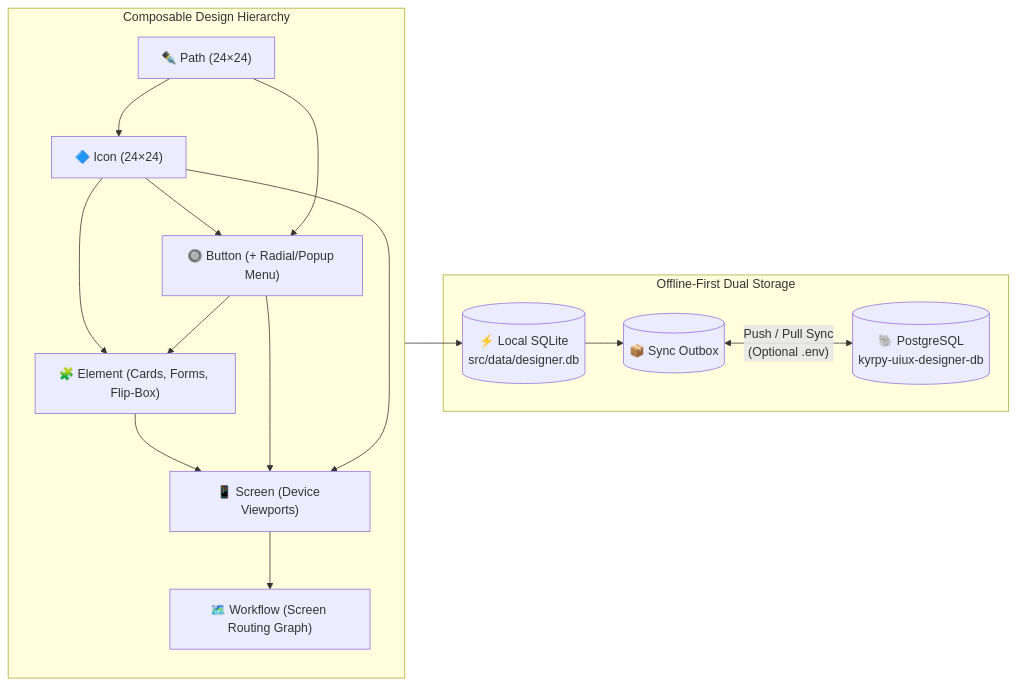
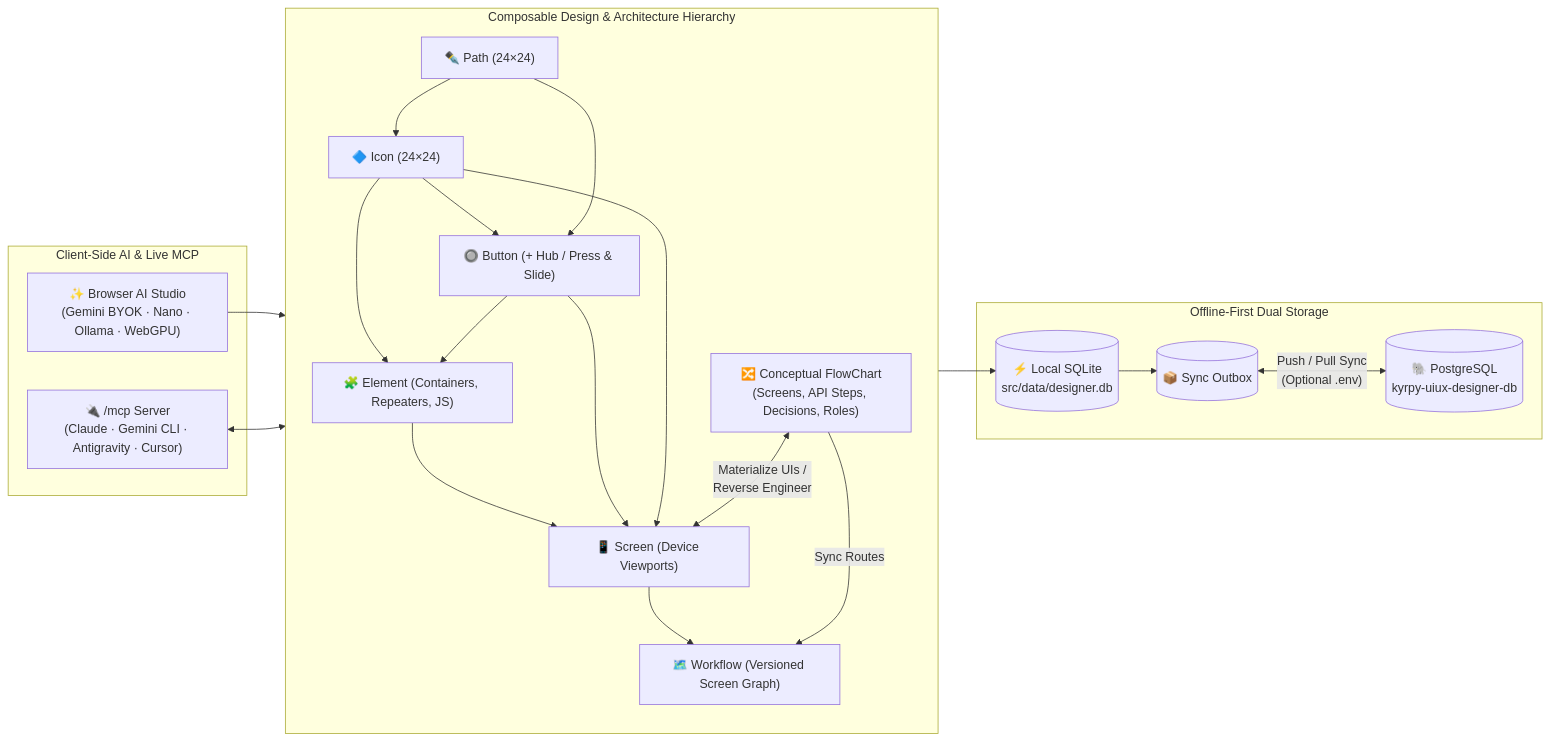
Before and after one commit to KyrpyDev/kyrpy-uiux-designer: the diagram in README.md, drawn with Mermaid. The commit also changed other lines of this file and 57 other files, not shown here.

Commit message:
feat(flowchart,ai-studio,docs): conceptual FlowChart designer, browser AI Studio (BYOK/Nano/Ollama/WebGPU/MCP), updated docs & public DB publish

````diff
--- a/README.md
+++ b/README.md
@@ -38,24 +40,34 @@
 ```mermaid
 flowchart LR
-  subgraph Hierarchy["Composable Design Hierarchy"]
+  subgraph Hierarchy["Composable Design & Architecture Hierarchy"]
+    FC["🔀 Conceptual FlowChart\n(Screens, API Steps, Decisions, Roles)"]
     P["✒️ Path (24×24)"] --> I["🔷 Icon (24×24)"]
-    I --> B["🔘 Button (+ Radial/Popup Menu)"]
+    I --> B["🔘 Button (+ Hub / Press & Slide)"]
     P --> B
-    I --> E["🧩 Element (Cards, Forms, Flip-Box)"]
+    I --> E["🧩 Element (Containers, Repeaters, JS)"]
     B --> E
     E --> S["📱 Screen (Device Viewports)"]
     B --> S
     I --> S
-    S --> W["🗺️ Workflow (Screen Routing Graph)"]
+    S --> W["🗺️ Workflow (Versioned Screen Graph)"]
+    FC <-->|"Materialize UIs /\nReverse Engineer"| S
+    FC -->|"Sync Routes"| W
+  end
+
+  subgraph AI["Client-Side AI & Live MCP"]
+    Studio["✨ Browser AI Studio\n(Gemini BYOK · Nano · Ollama · WebGPU)"]
+    MCP["🔌 /mcp Server\n(Claude · Gemini CLI · Antigravity · Cursor)"]
   end
 
   subgraph Persistence["Offline-First Dual Storage"]
     SQLite[("⚡ Local SQLite\nsrc/data/designer.db")]
     Outbox[("📦 Sync Outbox")]
     PG[("🐘 PostgreSQL\nkyrpy-uiux-designer-db")]
     SQLite --> Outbox
     Outbox <-->|"Push / Pull Sync\n(Optional .env)"| PG
   end
 
+  Studio --> Hierarchy
+  MCP <--> Hierarchy
   Hierarchy --> SQLite
 ```
````
